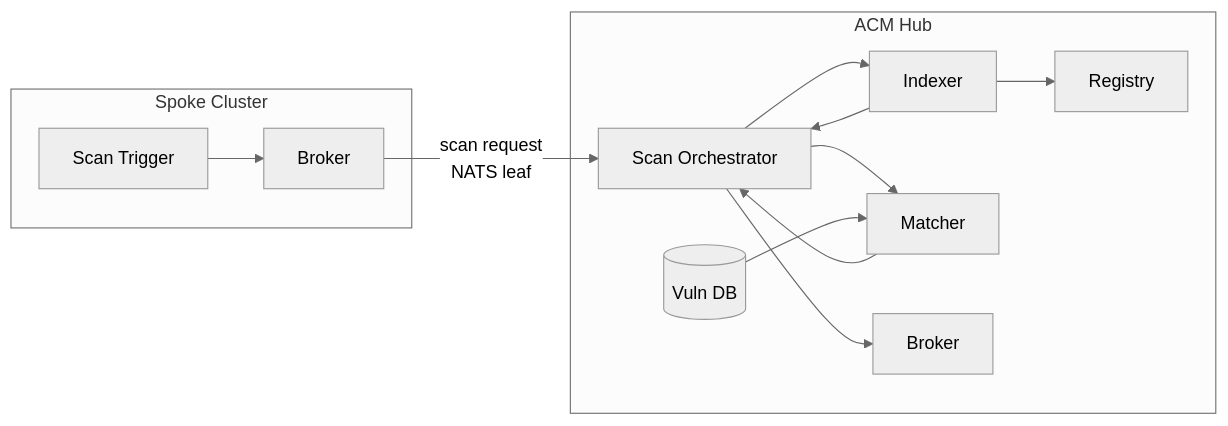
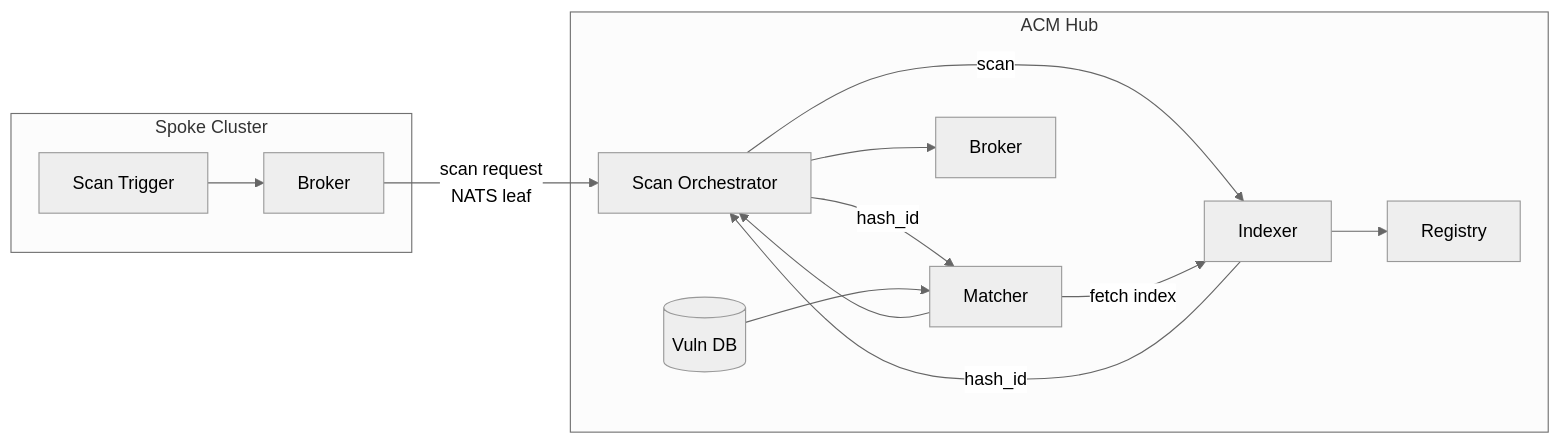
Before and after one commit to kylape/acs-next: the fourth of 4 diagrams in docs/architecture/components/scanner.md, drawn with Mermaid (neutral theme). The commit also changed other lines of this file, not shown here.

First line of the commit message:
Fix Matcher data flow: fetches index from Indexer, not from Orchestrator

````diff
--- a/docs/architecture/components/scanner.md
+++ b/docs/architecture/components/scanner.md
@@ -111,19 +116,20 @@
 ```mermaid
 graph LR
     subgraph spoke["Spoke Cluster"]
         Trigger[Scan Trigger] --> Broker
     end
 
     subgraph hub["ACM Hub"]
         Orch[Scan Orchestrator]
-        Orch --> Indexer
+        Orch -->|scan| Indexer
         Indexer --> Registry[Registry]
-        Indexer --> Orch
-        Orch --> Matcher
+        Indexer -->|hash_id| Orch
+        Orch -->|hash_id| Matcher
+        Matcher -->|fetch index| Indexer
         Matcher --> Orch
         VulnDB[(Vuln DB)] --> Matcher
         Orch --> HubBroker[Broker]
     end
 
     Broker -->|scan request<br/>NATS leaf| Orch
 ```
````
